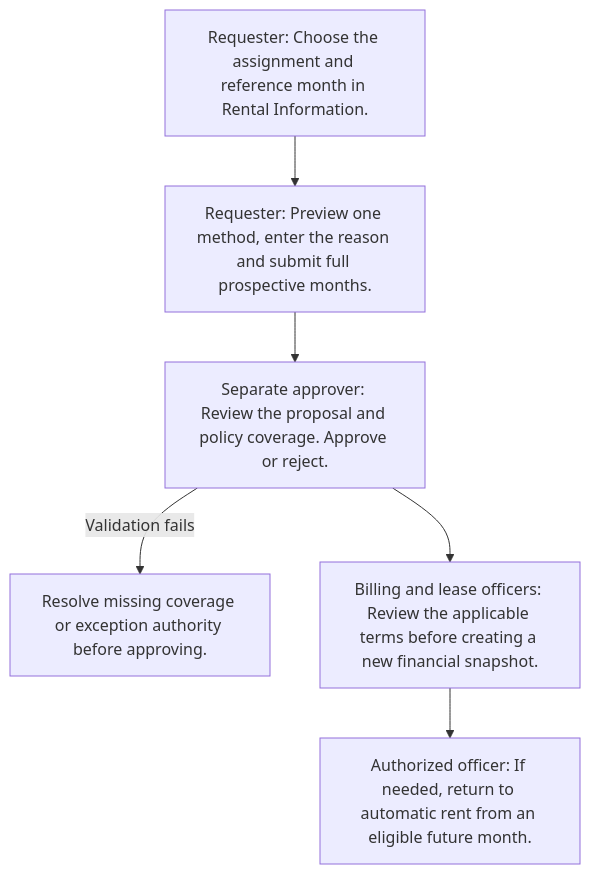
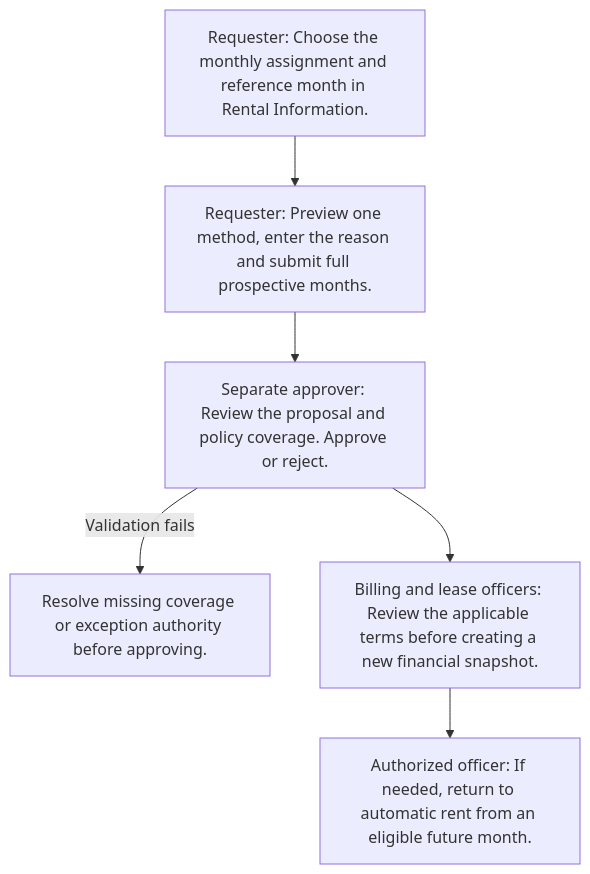
Before and after one commit to byte-vnz/markethub: the diagram in docs/user-manual/workflows/12-rental-overrides.mmd, drawn with Mermaid. The commit also changed 208 other files, not shown here.

```diff
--- a/docs/user-manual/workflows/12-rental-overrides.mmd
+++ b/docs/user-manual/workflows/12-rental-overrides.mmd
@@ -1,11 +1,11 @@
 flowchart TD
-    N0["Requester: Choose the assignment and reference month in Rental Information."]
+    N0["Requester: Choose the monthly assignment and reference month in Rental Information."]
     N1["Requester: Preview one method, enter the reason and submit full prospective months."]
     N0 --> N1
     N2["Separate approver: Review the proposal and policy coverage. Approve or reject."]
     N1 --> N2
     N2 -->|Validation fails| F2["Resolve missing coverage or exception authority before approving."]
     N3["Billing and lease officers: Review the applicable terms before creating a new financial snapshot."]
     N2 --> N3
     N4["Authorized officer: If needed, return to automatic rent from an eligible future month."]
     N3 --> N4
```
